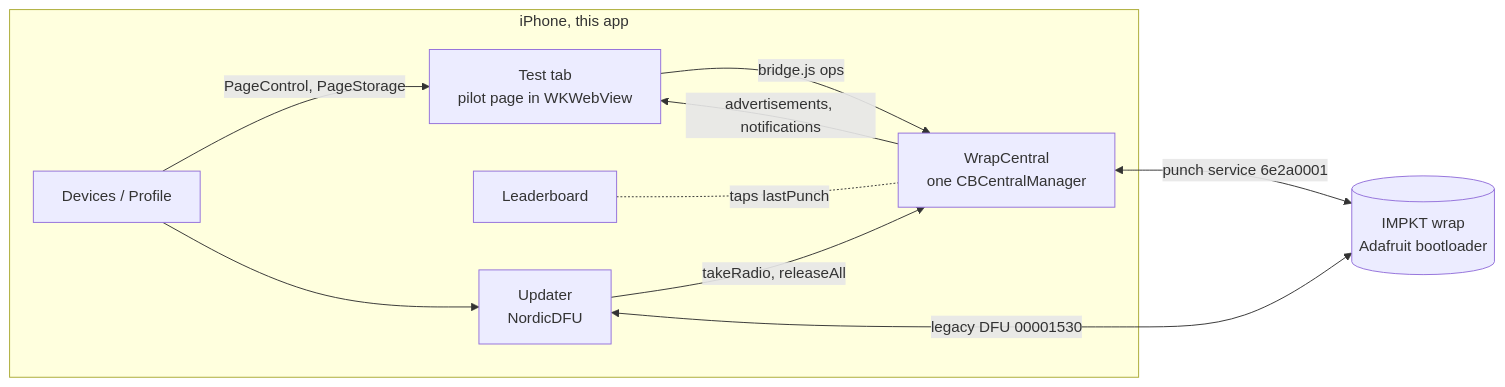
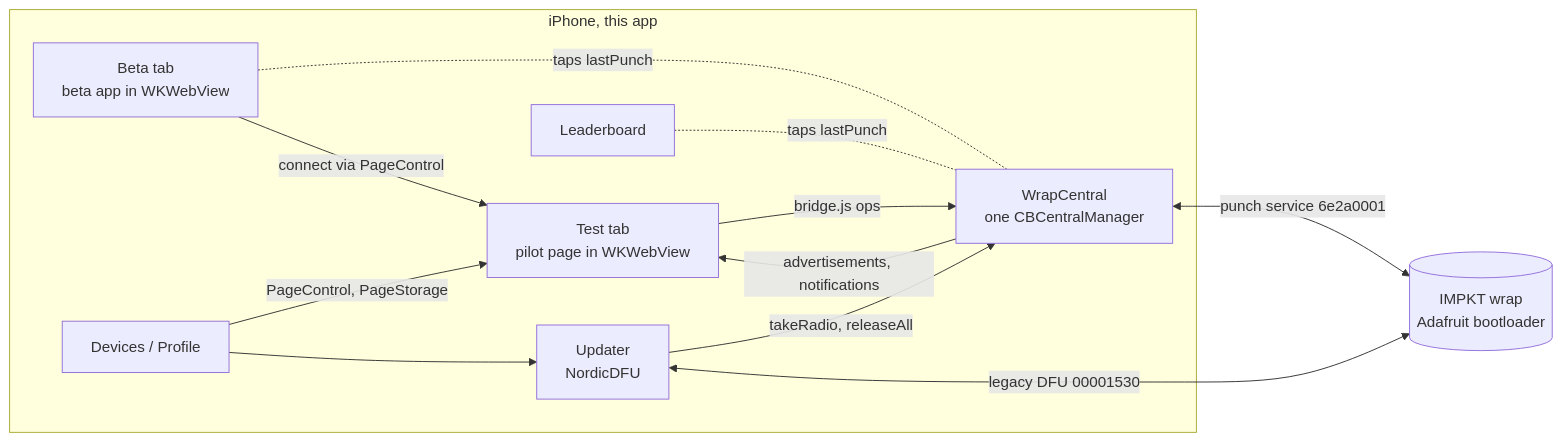
The diagram in README.md (RodRedRiver/impkt-ios), drawn with Mermaid before and after one commit. The commit also changed other lines of this file and 164 other files, not shown here.

First line of the commit message:
Add a Beta tab running the next IMPKT app on the real wraps

````diff
--- a/README.md
+++ b/README.md
@@ -24,13 +25,15 @@
 ```mermaid
 flowchart LR
   subgraph phone[iPhone, this app]
     page[Test tab<br/>pilot page in WKWebView] -- bridge.js ops --> central[WrapCentral<br/>one CBCentralManager]
     central -- advertisements, notifications --> page
     lb[Leaderboard] -. taps lastPunch .- central
+    beta[Beta tab<br/>beta app in WKWebView] -. taps lastPunch .- central
+    beta -- connect via PageControl --> page
     dev[Devices / Profile] -- PageControl, PageStorage --> page
     dev --> upd[Updater<br/>NordicDFU]
     upd -- takeRadio, releaseAll --> central
   end
   central <-- "punch service 6e2a0001" --> wrap[(IMPKT wrap<br/>Adafruit bootloader)]
   upd <-- "legacy DFU 00001530" --> wrap
 ```
````
